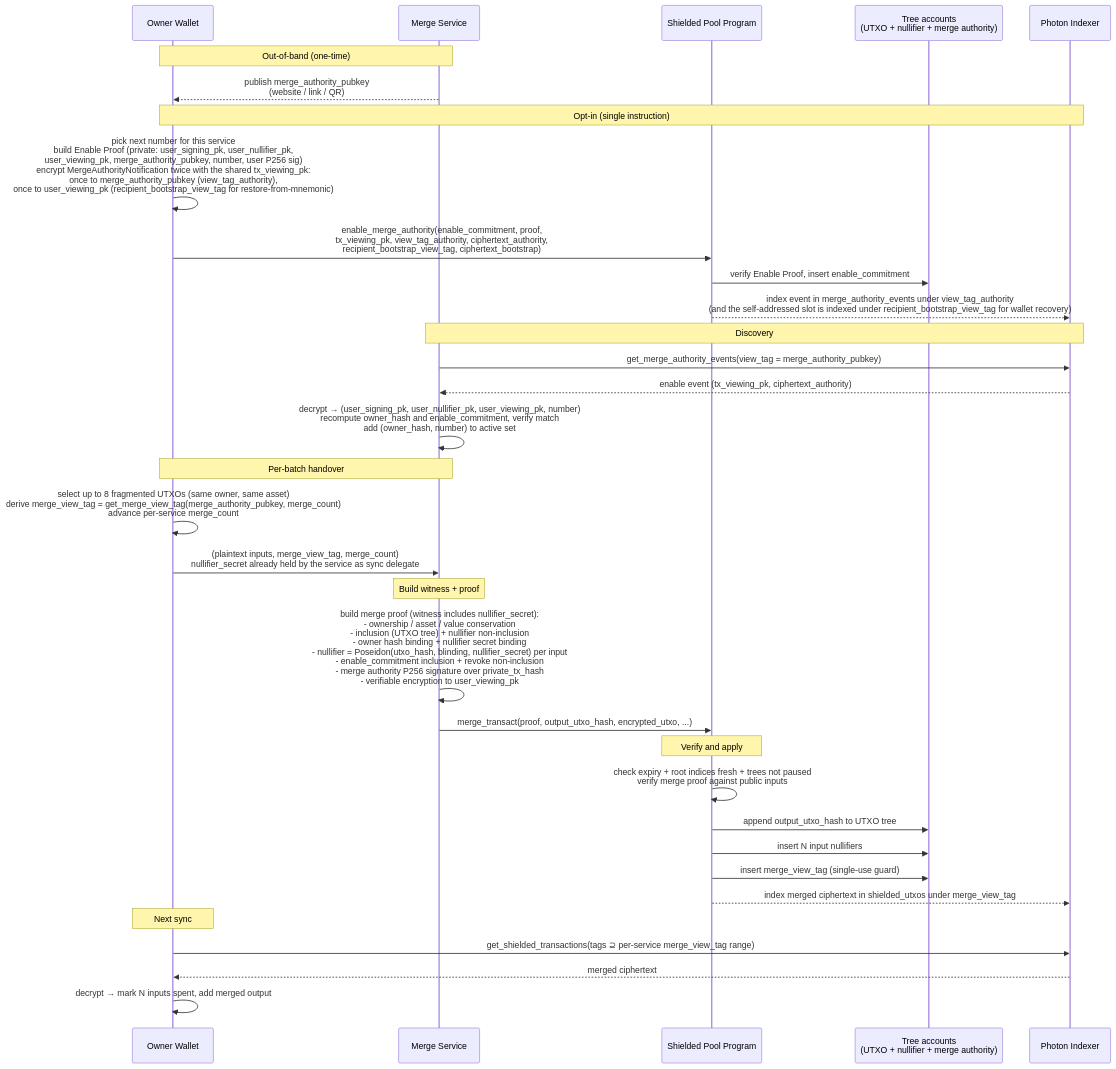
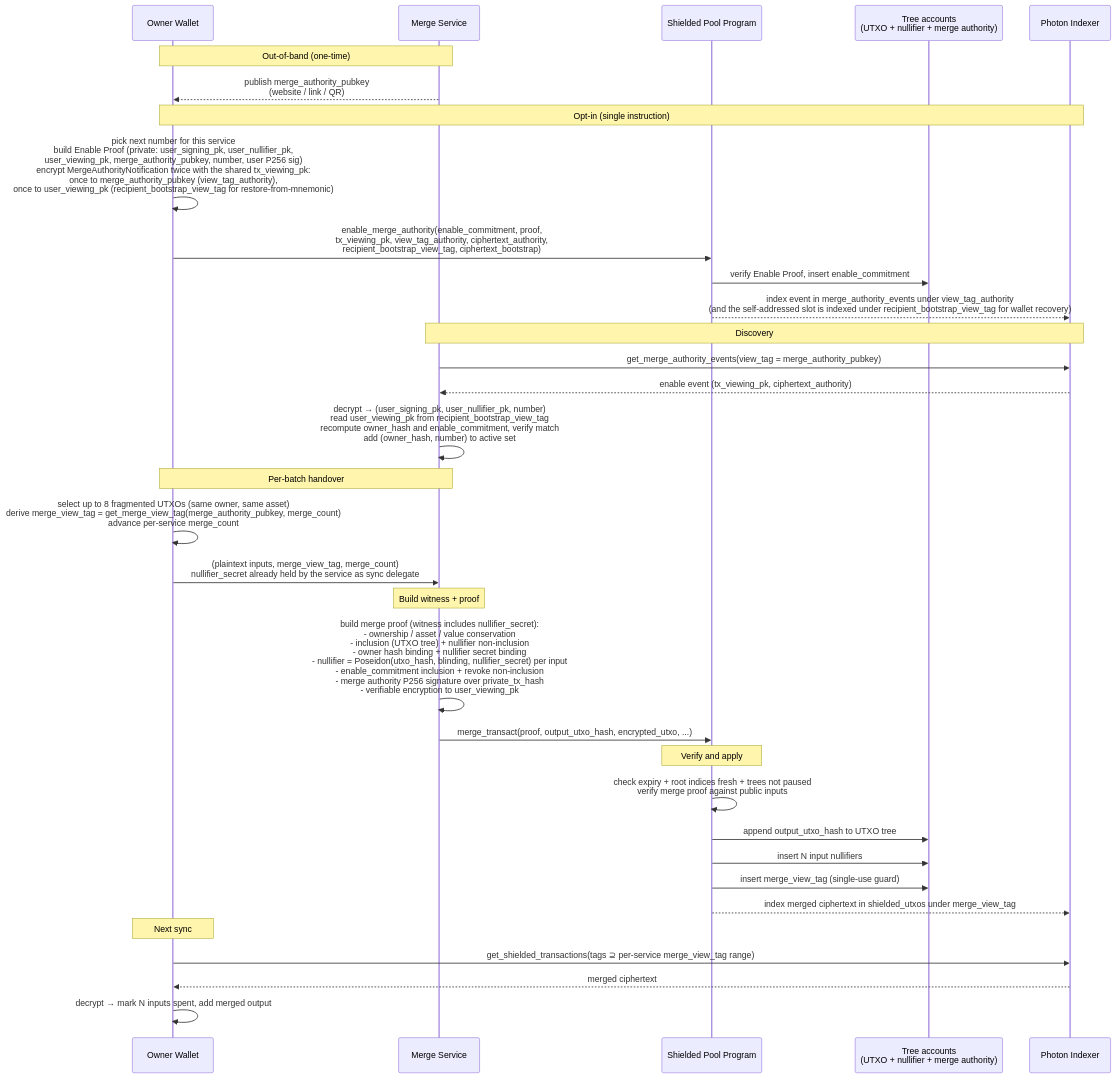
Before and after one commit to helius-labs/zolana: the fifth of 5 diagrams in docs/spec.md, drawn with Mermaid. The commit also changed other lines of this file, not shown here.

````diff
--- a/docs/spec.md
+++ b/docs/spec.md
@@ -2001,42 +1985,42 @@
 ```mermaid
 sequenceDiagram
     participant Wallet as Owner Wallet
     participant Merge as Merge Service
     participant SPP as Shielded Pool Program
     participant Trees as Tree accounts<br/>(UTXO + nullifier + merge authority)
     participant Indexer as Photon Indexer
 
     Note over Merge,Wallet: Out-of-band (one-time)
     Merge-->>Wallet: publish merge_authority_pubkey<br/>(website / link / QR)
 
     Note over Wallet,Indexer: Opt-in (single instruction)
     Wallet->>Wallet: pick next number for this service<br/>build Enable Proof (private: user_signing_pk, user_nullifier_pk,<br/>user_viewing_pk, merge_authority_pubkey, number, user P256 sig)<br/>encrypt MergeAuthorityNotification twice with the shared tx_viewing_pk:<br/>once to merge_authority_pubkey (view_tag_authority),<br/>once to user_viewing_pk (recipient_bootstrap_view_tag for restore-from-mnemonic)
     Wallet->>SPP: enable_merge_authority(enable_commitment, proof,<br/>tx_viewing_pk, view_tag_authority, ciphertext_authority,<br/>recipient_bootstrap_view_tag, ciphertext_bootstrap)
     SPP->>Trees: verify Enable Proof, insert enable_commitment
     SPP-->>Indexer: index event in merge_authority_events under view_tag_authority<br/>(and the self-addressed slot is indexed under recipient_bootstrap_view_tag for wallet recovery)
 
     Note over Merge,Indexer: Discovery
     Merge->>Indexer: get_merge_authority_events(view_tag = merge_authority_pubkey)
     Indexer-->>Merge: enable event (tx_viewing_pk, ciphertext_authority)
-    Merge->>Merge: decrypt → (user_signing_pk, user_nullifier_pk, user_viewing_pk, number)<br/>recompute owner_hash and enable_commitment, verify match<br/>add (owner_hash, number) to active set
+    Merge->>Merge: decrypt → (user_signing_pk, user_nullifier_pk, number)<br/>read user_viewing_pk from recipient_bootstrap_view_tag<br/>recompute owner_hash and enable_commitment, verify match<br/>add (owner_hash, number) to active set
 
     Note over Wallet,Merge: Per-batch handover
     Wallet->>Wallet: select up to 8 fragmented UTXOs (same owner, same asset)<br/>derive merge_view_tag = get_merge_view_tag(merge_authority_pubkey, merge_count)<br/>advance per-service merge_count
     Wallet->>Merge: (plaintext inputs, merge_view_tag, merge_count)<br/>nullifier_secret already held by the service as sync delegate
 
     Note over Merge: Build witness + proof
     Merge->>Merge: build merge proof (witness includes nullifier_secret):<br/>- ownership / asset / value conservation<br/>- inclusion (UTXO tree) + nullifier non-inclusion<br/>- owner hash binding + nullifier secret binding<br/>- nullifier = Poseidon(utxo_hash, blinding, nullifier_secret) per input<br/>- enable_commitment inclusion + revoke non-inclusion<br/>- merge authority P256 signature over private_tx_hash<br/>- verifiable encryption to user_viewing_pk
     Merge->>SPP: merge_transact(proof, output_utxo_hash, encrypted_utxo, ...)
 
     Note over SPP: Verify and apply
     SPP->>SPP: check expiry + root indices fresh + trees not paused<br/>verify merge proof against public inputs
     SPP->>Trees: append output_utxo_hash to UTXO tree
     SPP->>Trees: insert N input nullifiers
     SPP->>Trees: insert merge_view_tag (single-use guard)
     SPP-->>Indexer: index merged ciphertext in shielded_utxos under merge_view_tag
 
     Note over Wallet: Next sync
     Wallet->>Indexer: get_shielded_transactions(tags ⊇ per-service merge_view_tag range)
     Indexer-->>Wallet: merged ciphertext
     Wallet->>Wallet: decrypt → mark N inputs spent, add merged output
 ```
````
